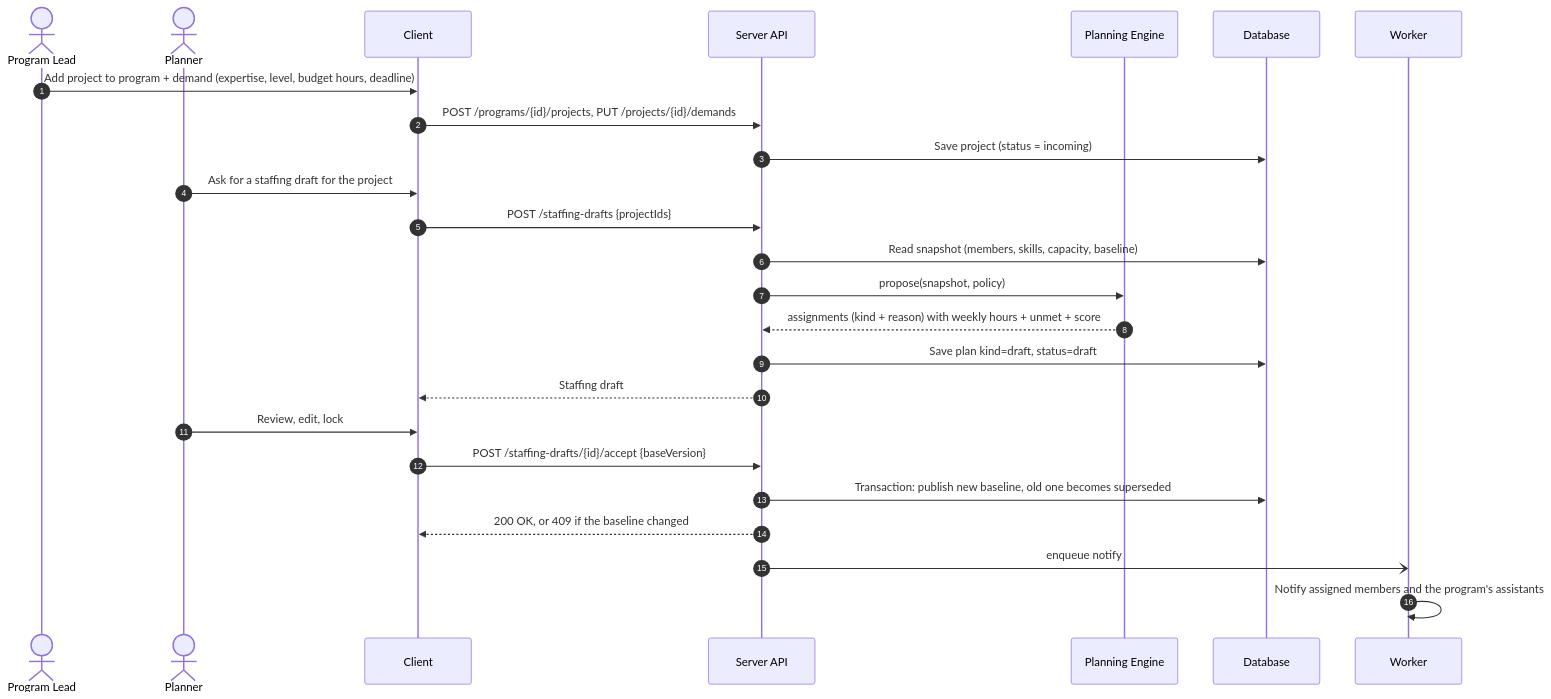
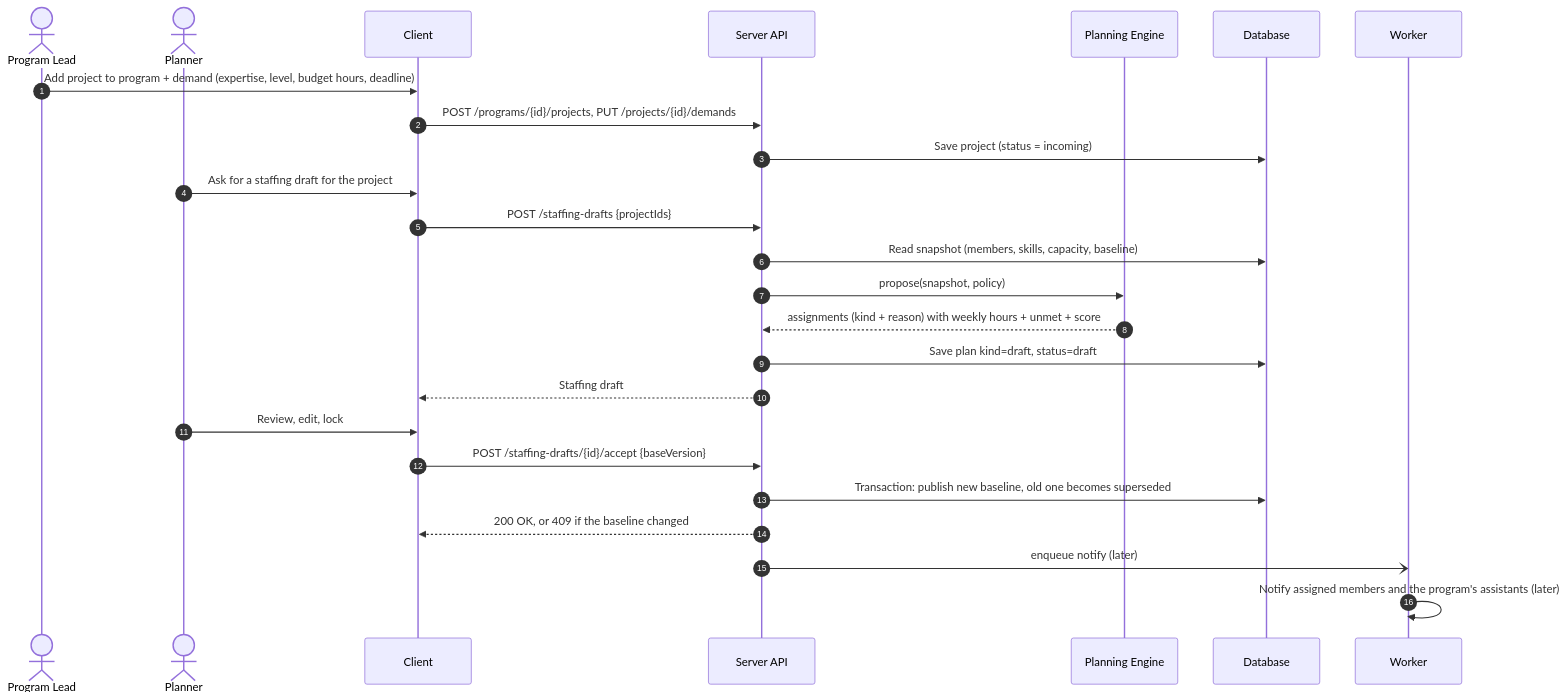
One commit to dophnamm/the-slot-finder changed the tenth of 14 diagrams in README.md. Above: the diagram before and after it, drawn with Mermaid. The commit also changed other lines of this file and 21 other files, not shown here.

First line of the commit message:
docs: match the READMEs, specs and diagrams to the code

````diff
--- a/README.md
+++ b/README.md
@@ -588,28 +594,28 @@
 ```mermaid
 sequenceDiagram
   autonumber
   actor L as Program Lead
   actor P as Planner
   participant C as Client
   participant API as Server API
   participant ENG as Planning Engine
   participant DB as Database
   participant W as Worker
 
   L->>C: Add project to program + demand (expertise, level, budget hours, deadline)
   C->>API: POST /programs/{id}/projects, PUT /projects/{id}/demands
   API->>DB: Save project (status = incoming)
   P->>C: Ask for a staffing draft for the project
   C->>API: POST /staffing-drafts {projectIds}
   API->>DB: Read snapshot (members, skills, capacity, baseline)
   API->>ENG: propose(snapshot, policy)
   ENG-->>API: assignments (kind + reason) with weekly hours + unmet + score
   API->>DB: Save plan kind=draft, status=draft
   API-->>C: Staffing draft
   P->>C: Review, edit, lock
   C->>API: POST /staffing-drafts/{id}/accept {baseVersion}
   API->>DB: Transaction: publish new baseline, old one becomes superseded
   API-->>C: 200 OK, or 409 if the baseline changed
-  API-)W: enqueue notify
-  W->>W: Notify assigned members and the program's assistants
+  API-)W: enqueue notify (later)
+  W->>W: Notify assigned members and the program's assistants (later)
 ```
````
